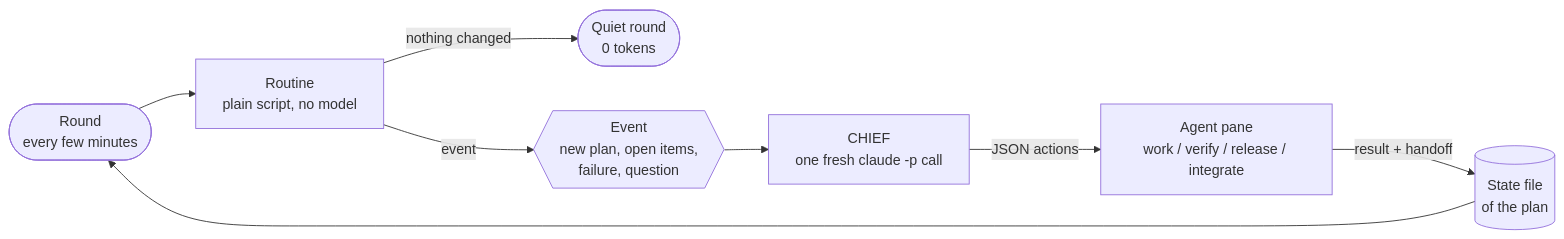
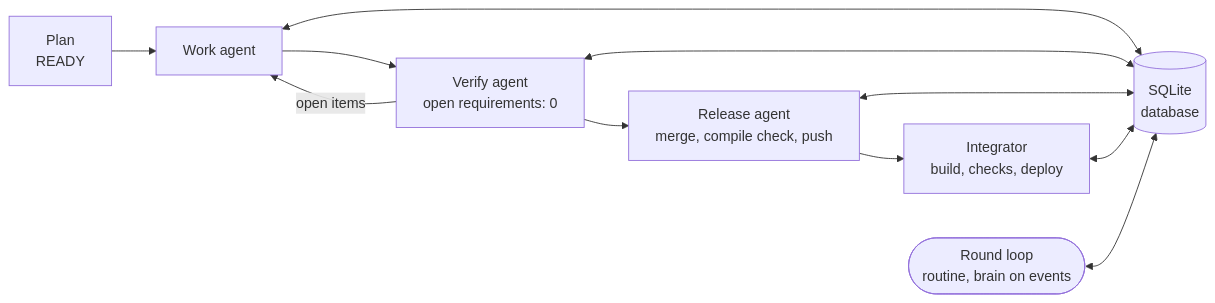
One commit to Rokk001/HaiveQueen changed the diagram in README.md. Above: the diagram before and after it, drawn with Mermaid. The commit also changed other lines of this file and 48 other files, not shown here.

````diff
--- a/README.md
+++ b/README.md
@@ -45,10 +39,14 @@
 ```mermaid
 flowchart LR
-    R([Round<br/>every few minutes]) --> T[Routine<br/>plain script, no model]
-    T -->|nothing changed| Q([Quiet round<br/>0 tokens])
-    T -->|event| E{{Event<br/>new plan, open items,<br/>failure, question}}
-    E --> C[CHIEF<br/>one fresh claude -p call]
-    C -->|JSON actions| P[Agent pane<br/>work / verify / release / integrate]
-    P -->|result + handoff| S[(State file<br/>of the plan)]
-    S --> R
+    PL[Plan<br/>READY] --> W[Work agent]
+    W --> V[Verify agent<br/>open requirements: 0]
+    V -->|open items| W
+    V --> R[Release agent<br/>merge, compile check, push]
+    R --> I[Integrator<br/>build, checks, deploy]
+    DB[(SQLite<br/>database)]
+    W <--> DB
+    V <--> DB
+    R <--> DB
+    I <--> DB
+    LOOP([Round loop<br/>routine, brain on events]) <--> DB
 ```
````
